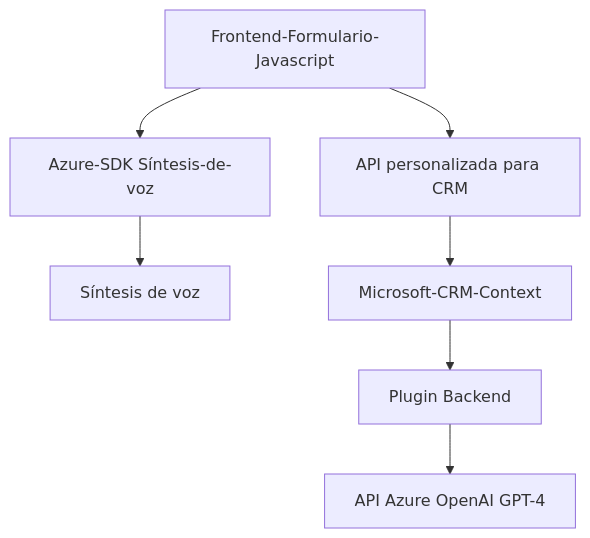
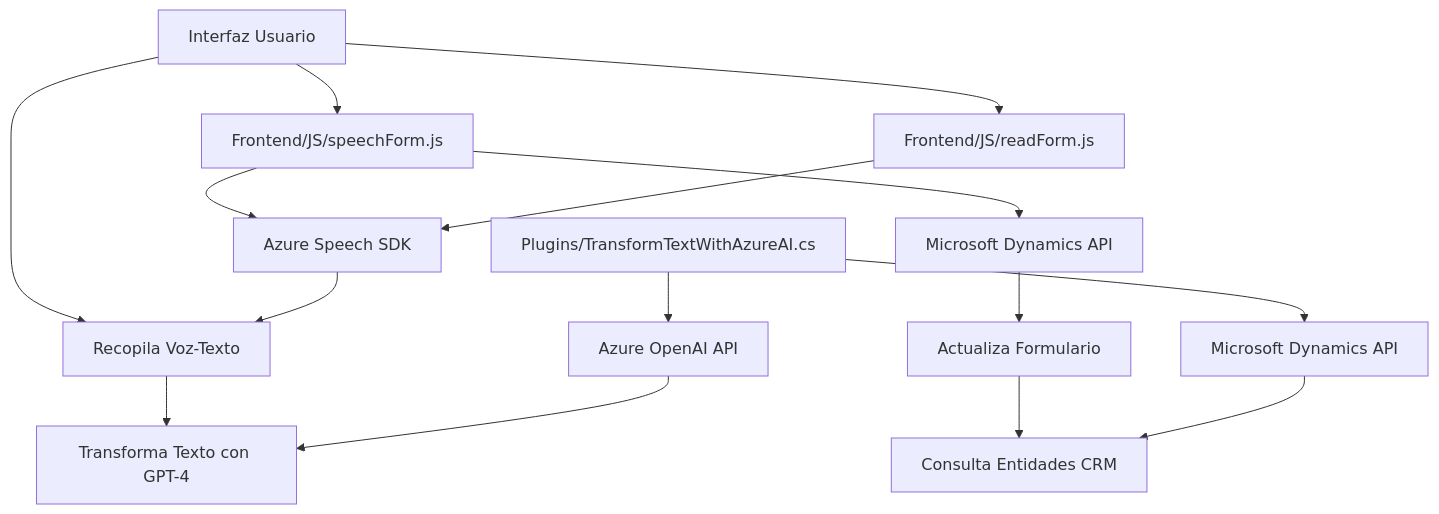
The diagram in README.md (blopezdm/NETCORE_BILBAO2025), drawn with Mermaid before and after one commit. The commit also changed other lines of this file, not shown here.

Commit message:
Actualizar análisis global de la solución con IA

````diff
--- a/README.md
+++ b/README.md
@@ -59,9 +47,17 @@
 ```mermaid
 graph TD
-    A["Frontend-Formulario-Javascript"] --> B["Azure-SDK Síntesis-de-voz"]
-    A["Frontend-Formulario-Javascript"] --> C["API personalizada para CRM"]
-    B --> D["Síntesis de voz"]
-    C --> E["Microsoft-CRM-Context"]
-    E --> F["Plugin Backend"]
-    F["Plugin Backend"] --> G["API Azure OpenAI GPT-4"]
+    A["Interfaz Usuario"] --> B["Frontend/JS/readForm.js"]
+    A --> C["Frontend/JS/speechForm.js"]
+    B --> D["Azure Speech SDK"]
+    C --> D["Azure Speech SDK"]
+    C --> E["Microsoft Dynamics API"]
+    F["Plugins/TransformTextWithAzureAI.cs"] --> G["Azure OpenAI API"]
+    F --> H["Microsoft Dynamics API"]
+    D --> I["Recopila Voz-Texto"]
+    E --> J["Actualiza Formulario"]
+    G --> K["Transforma Texto con GPT-4"]
+    H --> L["Consulta Entidades CRM"]
+    A --> I
+    I --> K
+    J --> L
 ```
````
